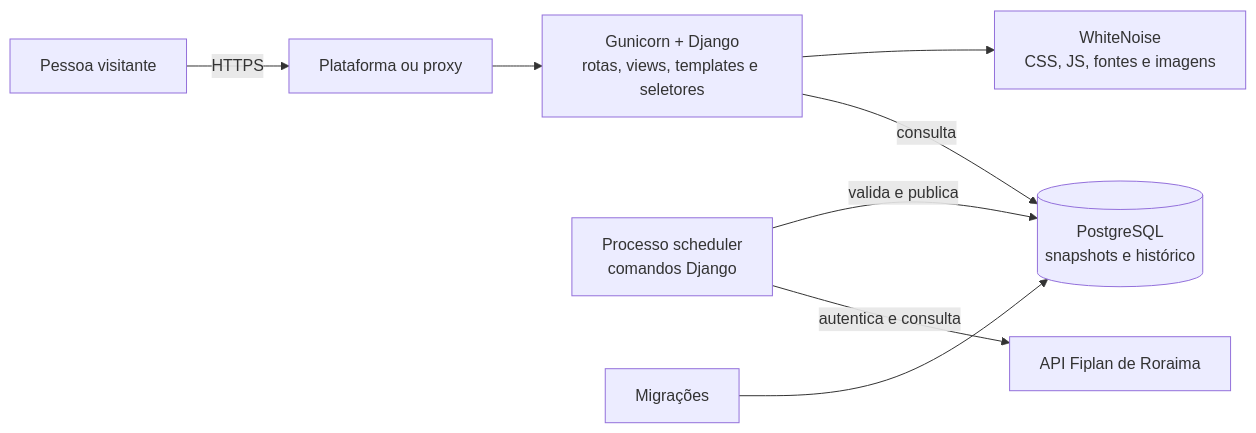
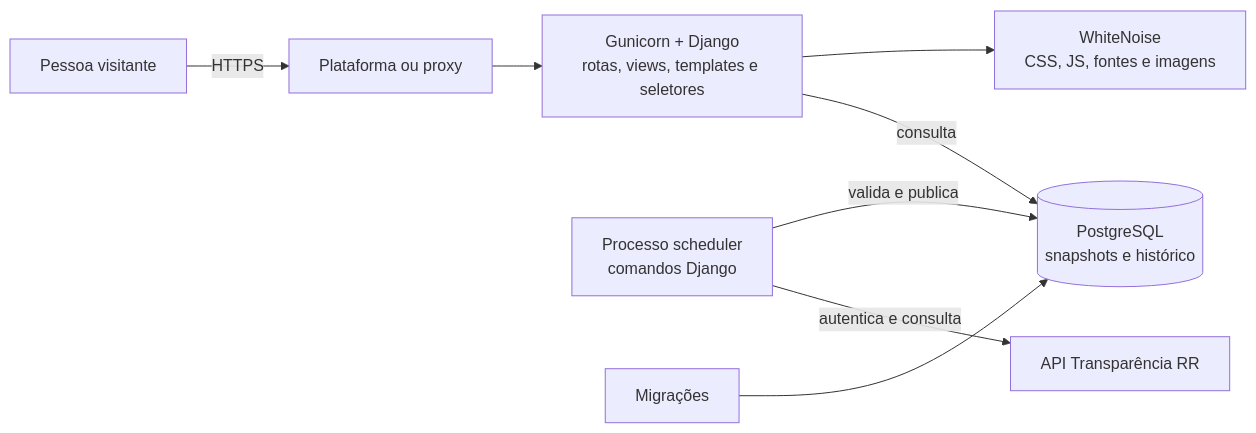
The diagram in README.md (RuanDEV0/InspectGovRR), drawn with Mermaid before and after one commit. The commit also changed other lines of this file and 15 other files, not shown here.

````diff
--- a/README.md
+++ b/README.md
@@ -29,10 +30,10 @@
 ```mermaid
 flowchart LR
     C[Pessoa visitante] -->|HTTPS| P[Plataforma ou proxy]
     P --> W[Gunicorn + Django<br/>rotas, views, templates e seletores]
     W -->|consulta| DB[(PostgreSQL<br/>snapshots e histórico)]
     W --> S[WhiteNoise<br/>CSS, JS, fontes e imagens]
-    A[Processo scheduler<br/>comandos Django] -->|autentica e consulta| F[API Fiplan de Roraima]
+    A[Processo scheduler<br/>comandos Django] -->|autentica e consulta| F[API Transparência RR]
     A -->|valida e publica| DB
     M[Migrações] --> DB
 ```
````
